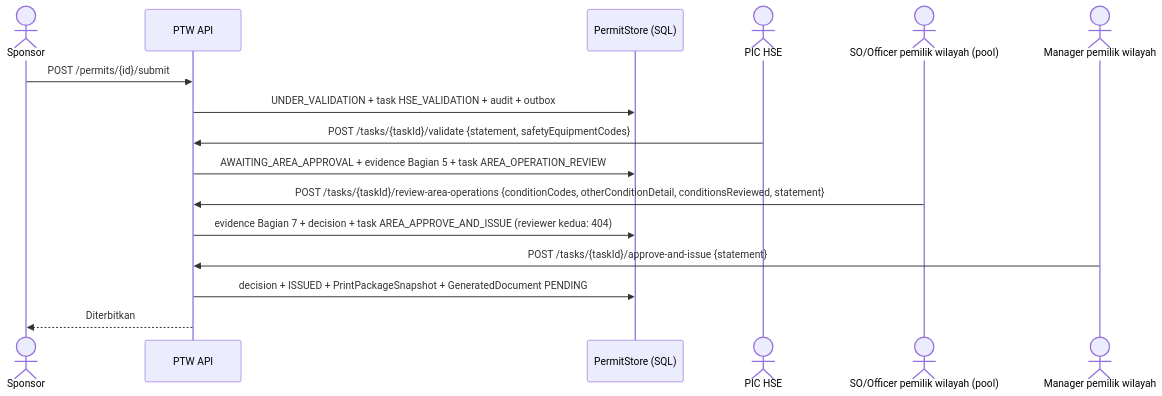
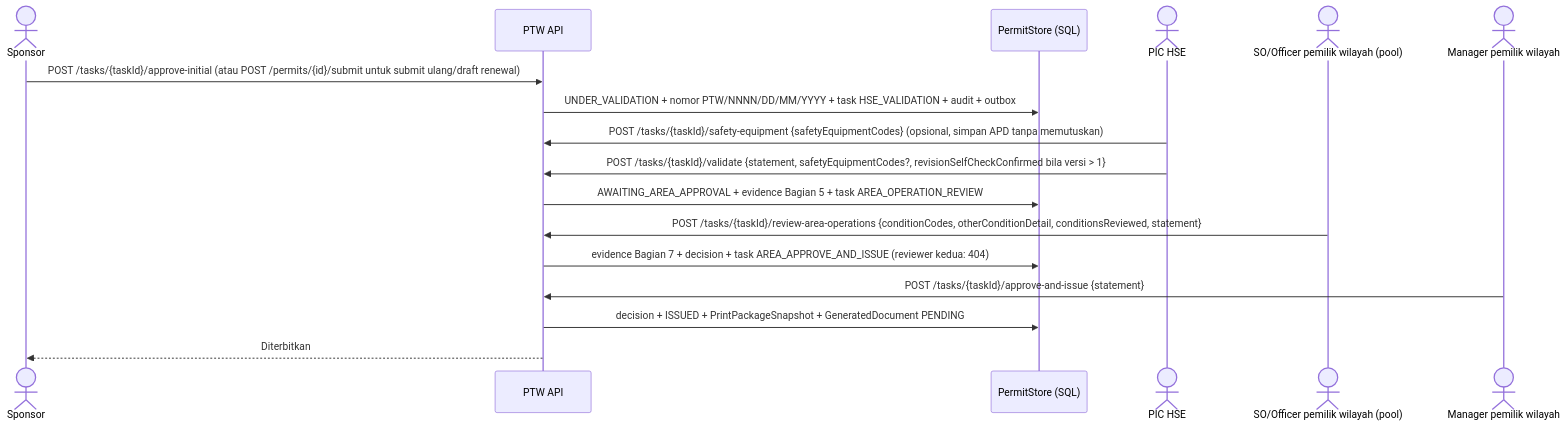
The second of 3 diagrams in docs/FSD-NR-PTW-Online-v1.8-ID.md (NusantaraRegas/ptw-online), drawn with Mermaid before and after one commit. The commit also changed other lines of this file and 13 other files, not shown here.

````diff
--- a/docs/FSD-NR-PTW-Online-v1.8-ID.md
+++ b/docs/FSD-NR-PTW-Online-v1.8-ID.md
@@ -151,18 +170,19 @@
 ```mermaid
 sequenceDiagram
     actor S as Sponsor
     participant API as PTW API
     participant ST as PermitStore (SQL)
     actor H as PIC HSE
     actor O as SO/Officer pemilik wilayah (pool)
     actor M as Manager pemilik wilayah
-    S->>API: POST /permits/{id}/submit
-    API->>ST: UNDER_VALIDATION + task HSE_VALIDATION + audit + outbox
-    H->>API: POST /tasks/{taskId}/validate {statement, safetyEquipmentCodes}
+    S->>API: POST /tasks/{taskId}/approve-initial (atau POST /permits/{id}/submit untuk submit ulang/draft renewal)
+    API->>ST: UNDER_VALIDATION + nomor PTW/NNNN/DD/MM/YYYY + task HSE_VALIDATION + audit + outbox
+    H->>API: POST /tasks/{taskId}/safety-equipment {safetyEquipmentCodes} (opsional, simpan APD tanpa memutuskan)
+    H->>API: POST /tasks/{taskId}/validate {statement, safetyEquipmentCodes?, revisionSelfCheckConfirmed bila versi > 1}
     API->>ST: AWAITING_AREA_APPROVAL + evidence Bagian 5 + task AREA_OPERATION_REVIEW
     O->>API: POST /tasks/{taskId}/review-area-operations {conditionCodes, otherConditionDetail, conditionsReviewed, statement}
     API->>ST: evidence Bagian 7 + decision + task AREA_APPROVE_AND_ISSUE (reviewer kedua: 404)
     M->>API: POST /tasks/{taskId}/approve-and-issue {statement}
     API->>ST: decision + ISSUED + PrintPackageSnapshot + GeneratedDocument PENDING
     API-->>S: Diterbitkan
 ```
````
